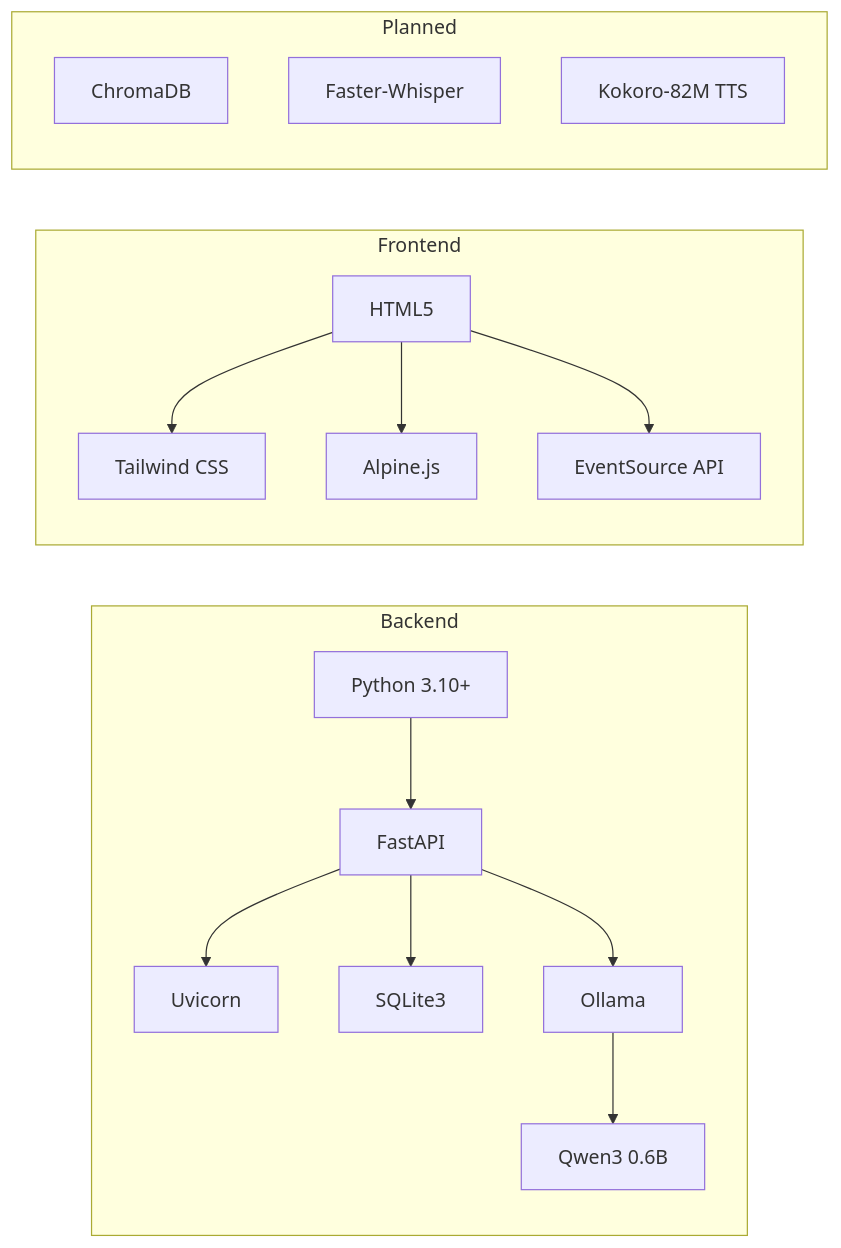
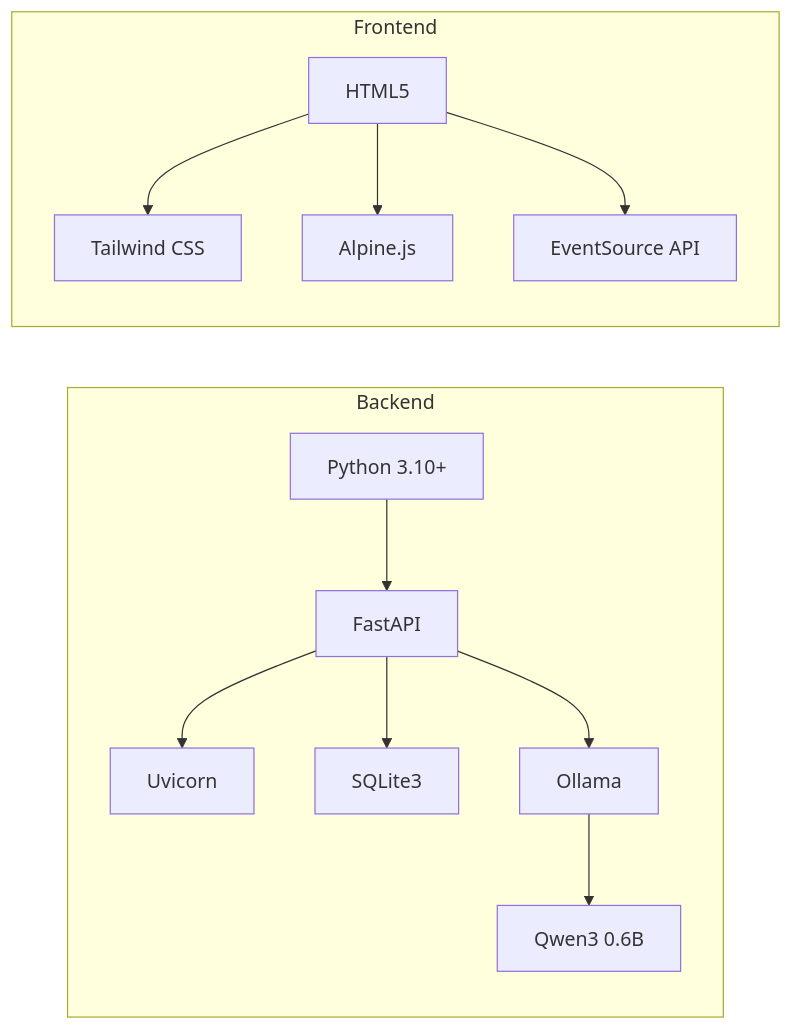
One commit to mann-rana29/Cereberus-OS changed the third of 3 diagrams in ARCHITECTURE.md. Above: the diagram before and after it, drawn with Mermaid. The commit also changed other lines of this file and 9 other files, not shown here.

````diff
--- a/ARCHITECTURE.md
+++ b/ARCHITECTURE.md
@@ -236,31 +236,25 @@
 ```mermaid
 graph LR
     subgraph Backend
         PY[Python 3.10+]
         FA[FastAPI]
         UV[Uvicorn]
         SQ[SQLite3]
         OL[Ollama]
         QW[Qwen3 0.6B]
     end
 
     subgraph Frontend
         HTML[HTML5]
         TW[Tailwind CSS]
         ALP[Alpine.js]
         SSE[EventSource API]
     end
 
-    subgraph Planned
-        CR[ChromaDB]
-        FW[Faster-Whisper]
-        KK[Kokoro-82M TTS]
-    end
-
     PY --> FA --> UV
     FA --> SQ
     FA --> OL --> QW
     HTML --> TW
     HTML --> ALP
     HTML --> SSE
 ```
````
